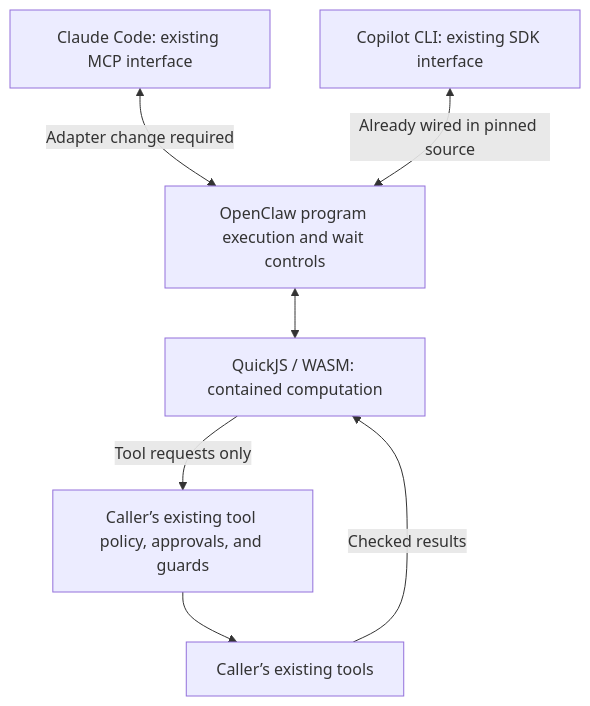
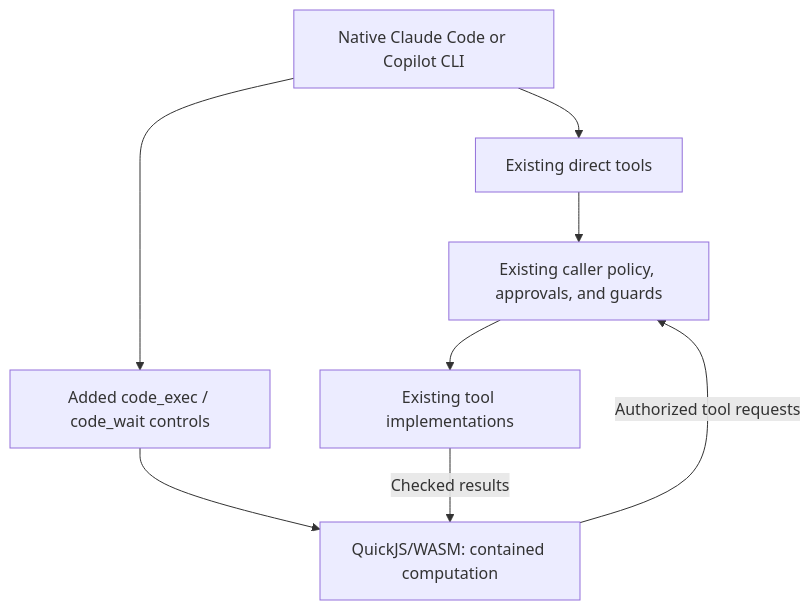
The diagram in docs/plans/programmatic-tool-calling.md (coletaylor788/puddles), drawn with Mermaid before and after one commit. The commit also changed other lines of this file, not shown here.

Commit message:
docs: specify audited additive tool scripting design (#309)

````diff
--- a/docs/plans/programmatic-tool-calling.md
+++ b/docs/plans/programmatic-tool-calling.md
@@ -22,15 +20,14 @@
 ```mermaid
 flowchart TD
-    Claude["Claude Code: existing MCP interface"]
-    Copilot["Copilot CLI: existing SDK interface"]
-    Controls["OpenClaw program execution and wait controls"]
-    Guest["QuickJS / WASM: contained computation"]
-    Policy["Caller’s existing tool policy, approvals, and guards"]
-    Tools["Caller’s existing tools"]
-    Claude <-->|"Adapter change required"| Controls
-    Copilot <-->|"Already wired in pinned source"| Controls
-    Controls <--> Guest
-    Guest -->|"Tool requests only"| Policy
+    Harness["Native Claude Code or Copilot CLI"]
+    Direct["Existing direct tools"]
+    Script["Added code_exec / code_wait controls"]
+    Guest["QuickJS/WASM: contained computation"]
+    Policy["Existing caller policy, approvals, and guards"]
+    Tools["Existing tool implementations"]
+    Harness --> Direct --> Policy
+    Harness --> Script --> Guest
+    Guest -->|"Authorized tool requests"| Policy
     Policy --> Tools
     Tools -->|"Checked results"| Guest
 ```
````
